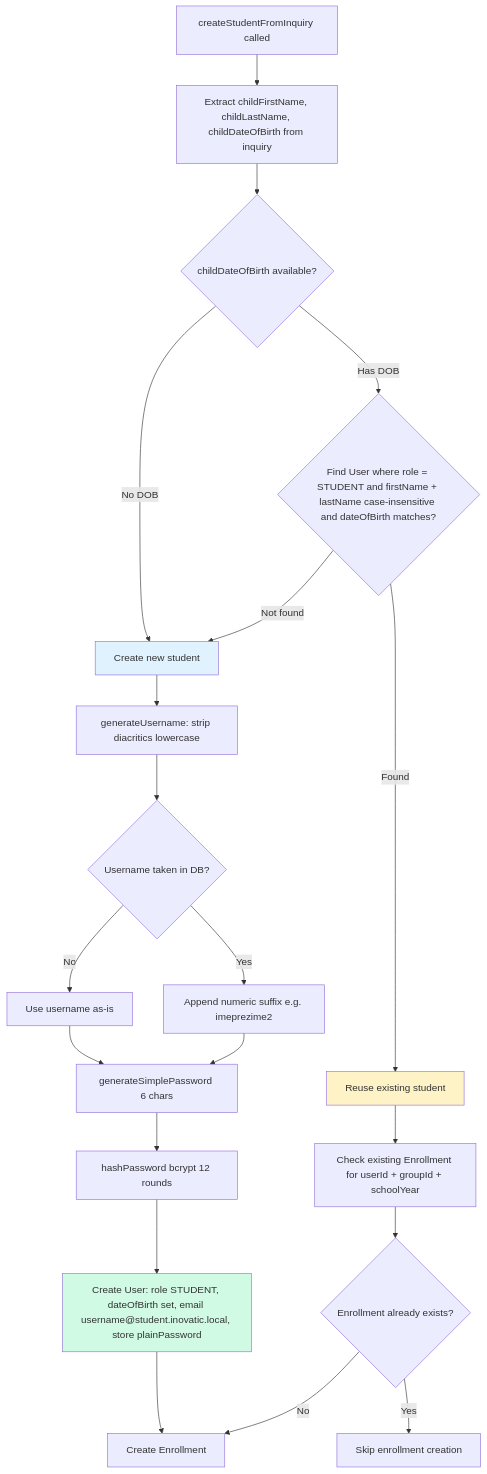
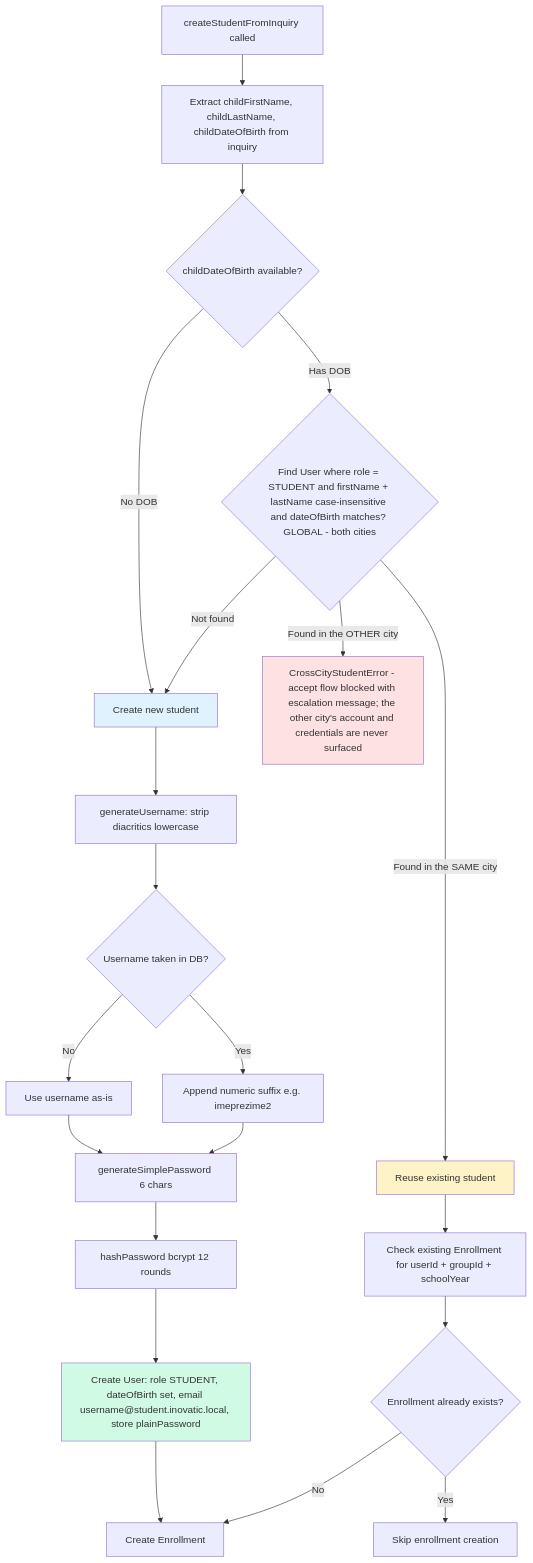
Before and after one commit to jpucic00/inovatic: the sixth of 12 diagrams in docs/diagrams/enrollment-rules.md, drawn with Mermaid. The commit also changed other lines of this file and 18 other files, not shown here.

````diff
--- a/docs/diagrams/enrollment-rules.md
+++ b/docs/diagrams/enrollment-rules.md
@@ -211,28 +215,30 @@
 ```mermaid
 flowchart TD
     A[createStudentFromInquiry called] --> B[Extract childFirstName, childLastName, childDateOfBirth from inquiry]
     B --> C{childDateOfBirth available?}
     C -->|No DOB| NEW[Create new student]
-    C -->|Has DOB| D{Find User where role = STUDENT and firstName + lastName case-insensitive and dateOfBirth matches?}
-    D -->|Found| REUSE[Reuse existing student]
+    C -->|Has DOB| D{Find User where role = STUDENT and firstName + lastName case-insensitive and dateOfBirth matches? GLOBAL - both cities}
+    D -->|Found in the SAME city| REUSE[Reuse existing student]
+    D -->|Found in the OTHER city| BLOCK["CrossCityStudentError - accept flow blocked with escalation message; the other city's account and credentials are never surfaced"]
     D -->|Not found| NEW
 
     NEW --> G[generateUsername: strip diacritics lowercase]
     G --> H{Username taken in DB?}
     H -->|No| I[Use username as-is]
     H -->|Yes| J[Append numeric suffix e.g. imeprezime2]
     I --> K[generateSimplePassword 6 chars]
     J --> K
     K --> L[hashPassword bcrypt 12 rounds]
     L --> M["Create User: role STUDENT, dateOfBirth set, email username@student.inovatic.local, store plainPassword"]
 
     REUSE --> N[Check existing Enrollment for userId + groupId + schoolYear]
     M --> N2[Create Enrollment]
     N --> O{Enrollment already exists?}
     O -->|Yes| P[Skip enrollment creation]
     O -->|No| N2
 
     style NEW fill:#e0f2fe
     style REUSE fill:#fef3c7
+    style BLOCK fill:#fee2e2
     style M fill:#d1fae5
 ```
````
